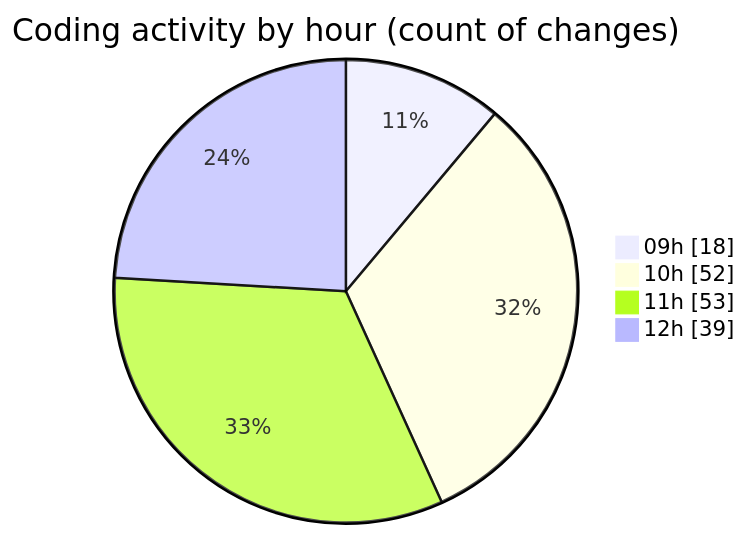
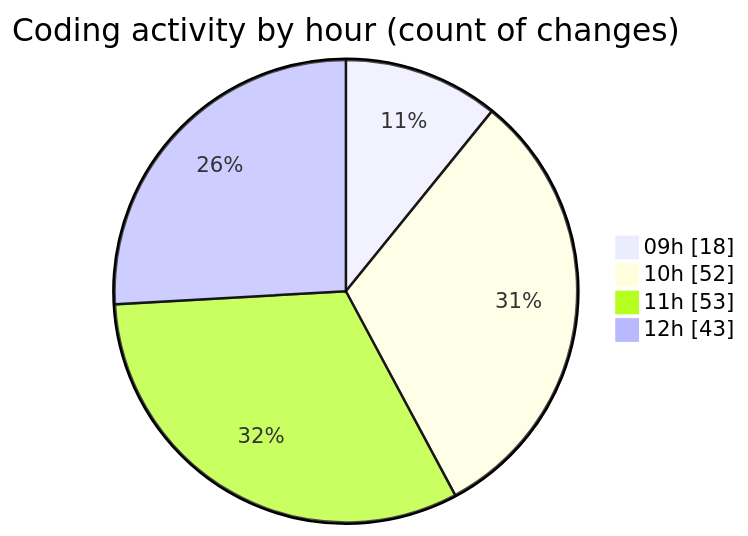
Before and after one commit to momahboobian/code-tracking: the second of 2 diagrams in 2025-03-21/cda/README.md, drawn with Mermaid. The commit also changed other lines of this file and 1 other file, not shown here.

````diff
--- a/2025-03-21/cda/README.md
+++ b/2025-03-21/cda/README.md
@@ -42,8 +42,8 @@
 ```mermaid
 pie showData
 title Coding activity by hour (count of changes)
 "09h" : 18
 "10h" : 52
 "11h" : 53
-"12h" : 39
+"12h" : 43
 ```
````
